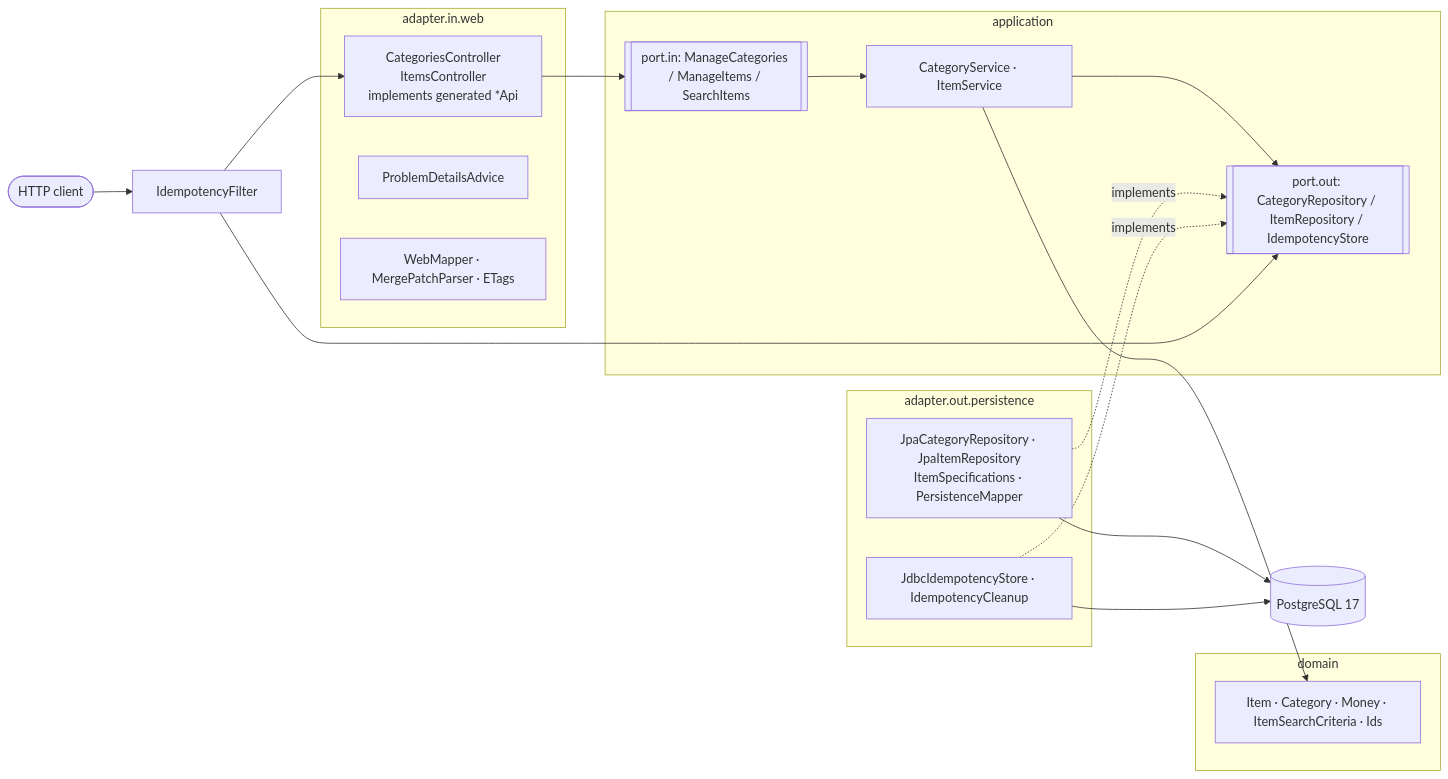
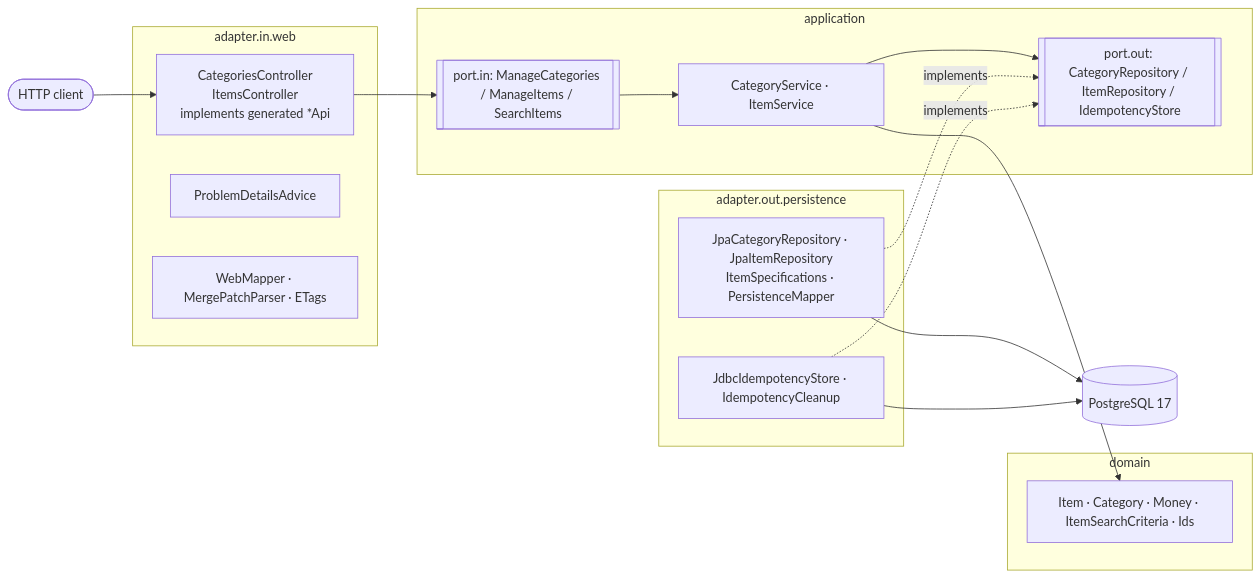
The diagram in 02-rest-service/docs/architecture.md (cucumber405d/hephaestus), drawn with Mermaid before and after one commit. The commit also changed other lines of this file and 34 other files, not shown here.

````diff
--- a/02-rest-service/docs/architecture.md
+++ b/02-rest-service/docs/architecture.md
@@ -5,29 +5,27 @@
 ```mermaid
 flowchart LR
-    client([HTTP client]) --> filter[IdempotencyFilter]
-    filter --> ctrl
+    client([HTTP client]) --> ctrl
     subgraph adapter.in.web
         ctrl[CategoriesController<br/>ItemsController<br/>implements generated *Api]
         advice[ProblemDetailsAdvice]
         mapperW[WebMapper · MergePatchParser · ETags]
     end
     subgraph application
         portsIn[[port.in: ManageCategories / ManageItems / SearchItems]]
         svc[CategoryService · ItemService]
         portsOut[[port.out: CategoryRepository / ItemRepository / IdempotencyStore]]
     end
     subgraph domain
         dom[Item · Category · Money · ItemSearchCriteria · Ids]
     end
     subgraph adapter.out.persistence
         jpa[JpaCategoryRepository · JpaItemRepository<br/>ItemSpecifications · PersistenceMapper]
         jdbc[JdbcIdempotencyStore · IdempotencyCleanup]
     end
     ctrl --> portsIn --> svc --> portsOut
     svc --> dom
     jpa -.implements.-> portsOut
     jdbc -.implements.-> portsOut
-    filter --> portsOut
     jpa --> db[(PostgreSQL 17)]
     jdbc --> db
 ```
````
